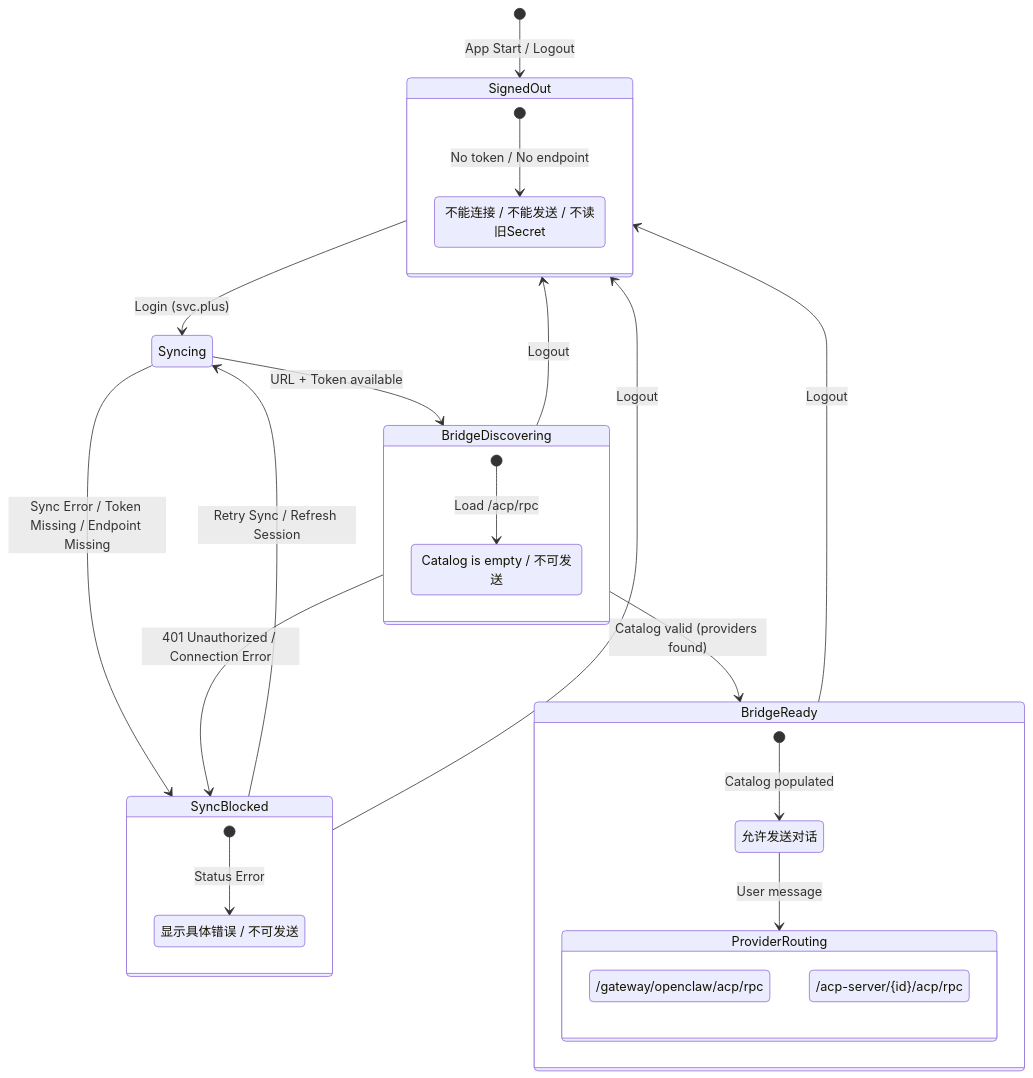
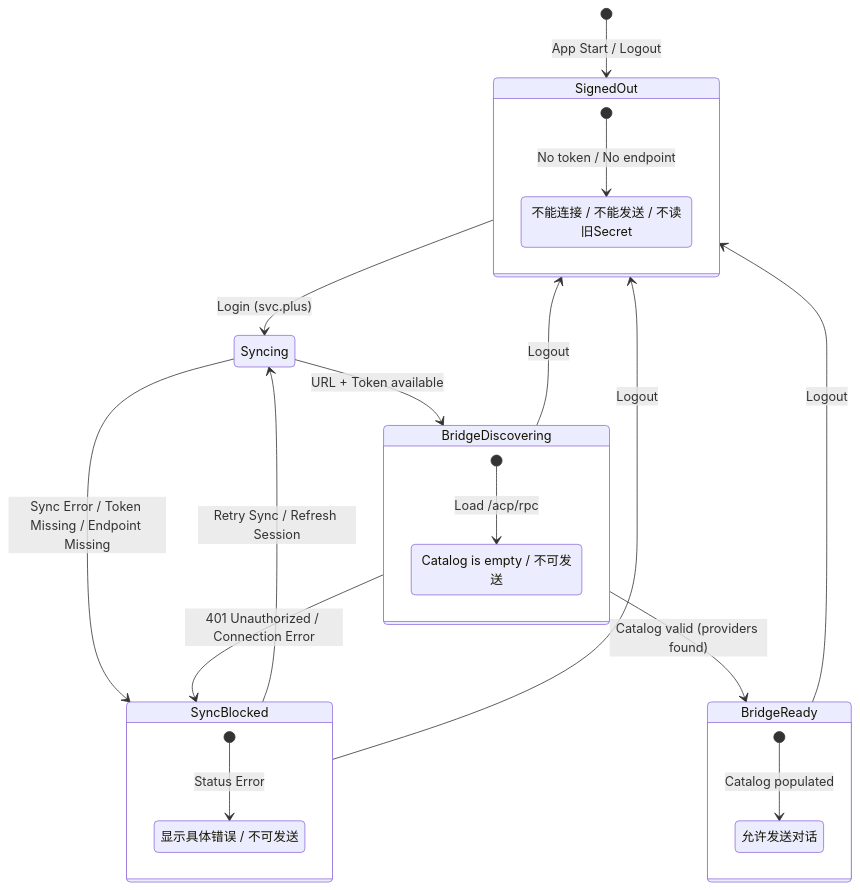
One commit to ai-workspace-lab/xworkmate-app changed the second of 4 diagrams in docs/architecture/account-sync-settings-bridge-state-model.md. Above: the diagram before and after it, drawn with Mermaid. The commit also changed other lines of this file and 2 other files, not shown here.

Commit message:
docs: align architecture and agent rules with unified bridge routing

````diff
--- a/docs/architecture/account-sync-settings-bridge-state-model.md
+++ b/docs/architecture/account-sync-settings-bridge-state-model.md
@@ -44,43 +44,37 @@
 ```mermaid
 stateDiagram-v2
     [*] --> SignedOut: App Start / Logout
 
     state SignedOut {
         [*] --> NoSession: No token / No endpoint
         NoSession: 不能连接 / 不能发送 / 不读旧Secret
     }
 
     SignedOut --> Syncing: Login (svc.plus)
     Syncing --> SyncBlocked: Sync Error / Token Missing / Endpoint Missing
     Syncing --> BridgeDiscovering: URL + Token available
     
     state SyncBlocked {
         [*] --> BlockedError: Status Error
         BlockedError: 显示具体错误 / 不可发送
     }
 
     SyncBlocked --> Syncing: Retry Sync / Refresh Session
 
     state BridgeDiscovering {
         [*] --> RefreshingCapabilities: Load /acp/rpc
         RefreshingCapabilities: Catalog is empty / 不可发送
     }
 
     BridgeDiscovering --> BridgeReady: Catalog valid (providers found)
     BridgeDiscovering --> SyncBlocked: 401 Unauthorized / Connection Error
 
     state BridgeReady {
         [*] --> Connected: Catalog populated
         Connected: 允许发送对话
-        Connected --> ProviderRouting: User message
-    }
-
-    state ProviderRouting {
-        Gateway: /gateway/openclaw/acp/rpc
-        Agent: /acp-server/{id}/acp/rpc
     }
 
     BridgeReady --> SignedOut: Logout
     SyncBlocked --> SignedOut: Logout
     BridgeDiscovering --> SignedOut: Logout
 ```
````
